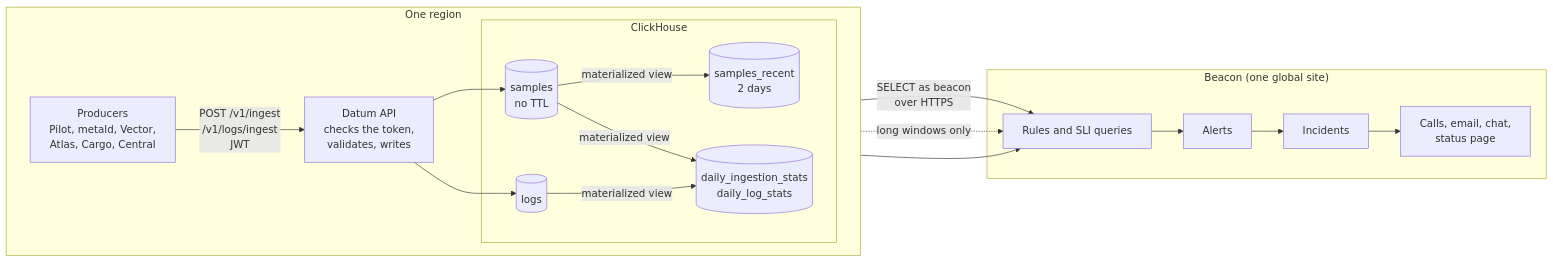
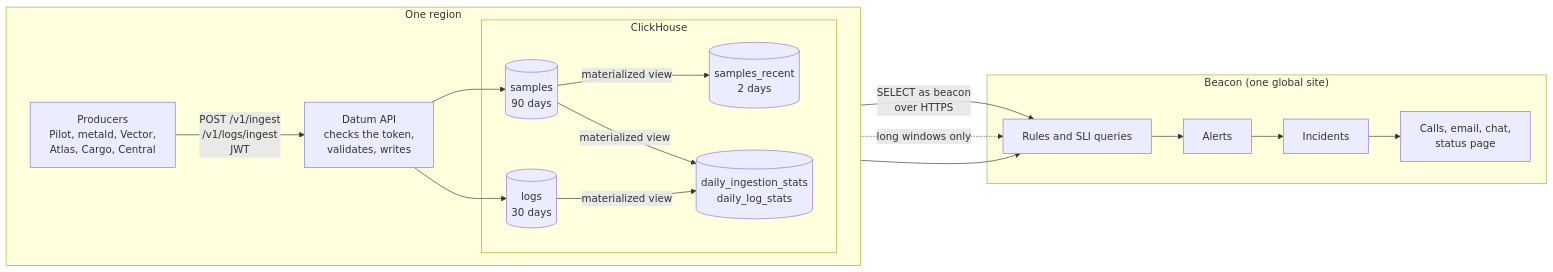
The first of 2 diagrams in docs/telemetry.md (frappe/beacon), drawn with Mermaid before and after one commit. The commit also changed other lines of this file and 1 other file, not shown here.

````diff
--- a/docs/telemetry.md
+++ b/docs/telemetry.md
@@ -7,30 +7,30 @@
 ```mermaid
 flowchart LR
     subgraph region["One region"]
         direction LR
         producers["Producers<br/>Pilot, metald, Vector,<br/>Atlas, Cargo, Central"]
         datum["Datum API<br/>checks the token,<br/>validates, writes"]
         subgraph clickhouse["ClickHouse"]
-            samples[("samples<br/>no TTL")]
+            samples[("samples<br/>90 days")]
             recent[("samples_recent<br/>2 days")]
-            logs[("logs")]
+            logs[("logs<br/>30 days")]
             stats[("daily_ingestion_stats<br/>daily_log_stats")]
         end
         producers -- "POST /v1/ingest<br/>/v1/logs/ingest<br/>JWT" --> datum
         datum --> samples
         datum --> logs
         samples -- "materialized view" --> recent
         samples -- "materialized view" --> stats
         logs -- "materialized view" --> stats
     end
     subgraph beacon["Beacon (one global site)"]
         rules["Rules and SLI queries"]
         alerts["Alerts"]
         incidents["Incidents"]
         out["Calls, email, chat,<br/>status page"]
         rules --> alerts --> incidents --> out
     end
     recent -- "SELECT as beacon<br/>over HTTPS" --> rules
     samples -. "long windows only" .-> rules
     logs --> rules
 ```
````
